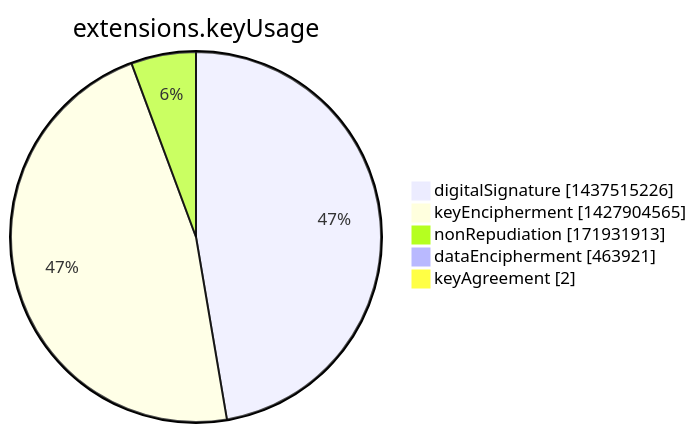
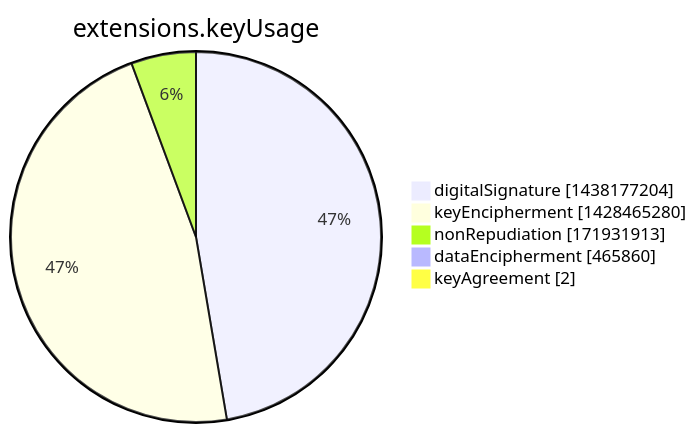
One commit to christiankrug/ctmonitor_visualization changed the seventh of 15 diagrams in argon2022/README.md. Above: the diagram before and after it, drawn with Mermaid. The commit also changed other lines of this file, not shown here.

````diff
--- a/argon2022/README.md
+++ b/argon2022/README.md
@@ -2751,9 +2751,9 @@
 ```mermaid
 pie showData
 title extensions.keyUsage
-"digitalSignature" :1437515226
-"keyEncipherment" :1427904565
+"digitalSignature" :1438177204
+"keyEncipherment" :1428465280
 "nonRepudiation" :171931913
-"dataEncipherment" :463921
+"dataEncipherment" :465860
 "keyAgreement" :2
 ```
````
